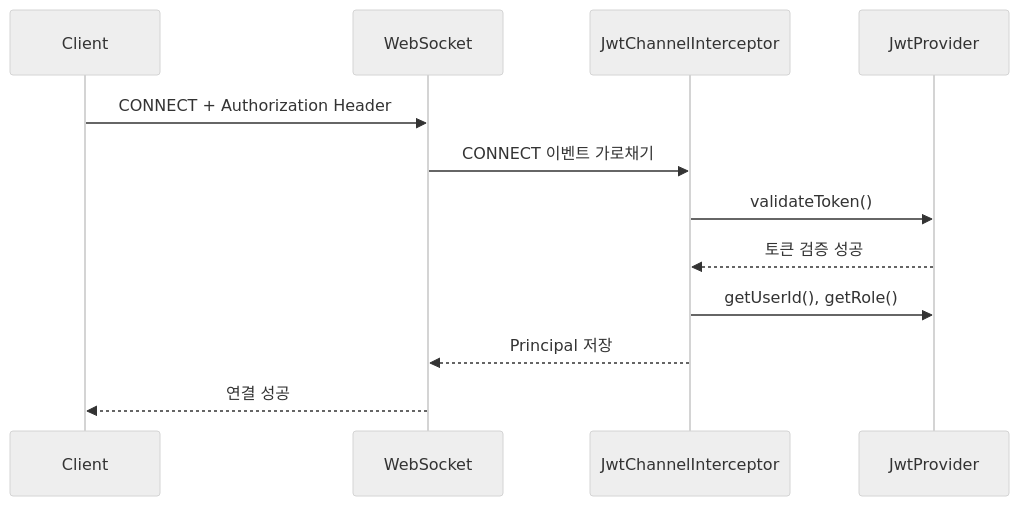
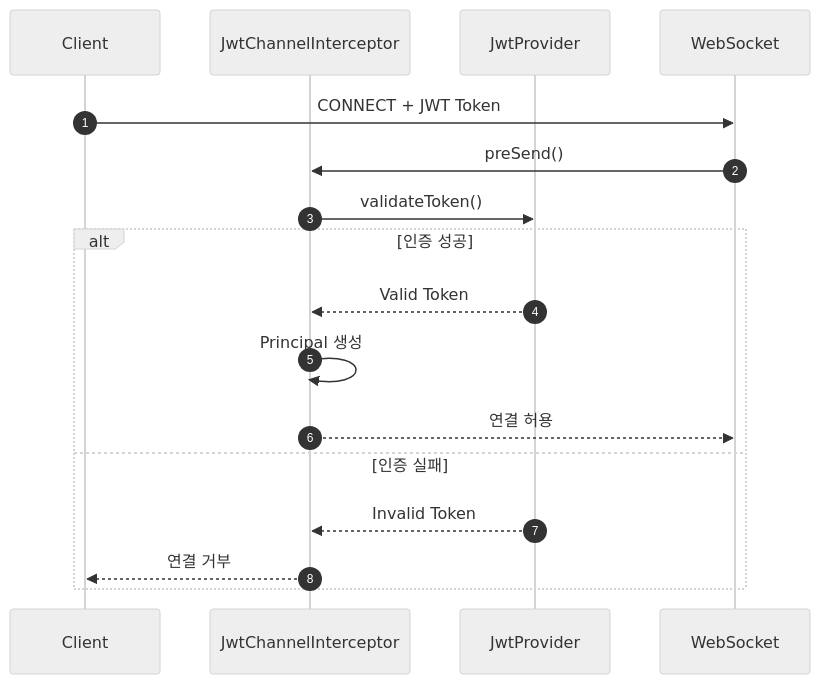
Before and after one commit to all-in-market/alarm-server: the third of 6 diagrams in README.md, drawn with Mermaid (neutral theme). The commit also changed other lines of this file, not shown here.

````diff
--- a/README.md
+++ b/README.md
@@ -123,22 +132,28 @@
 ```mermaid
 sequenceDiagram
+    autonumber
 
     participant Client
-    participant WebSocket
-    participant JwtChannelInterceptor
-    participant JwtProvider
+    participant Interceptor as JwtChannelInterceptor
+    participant JWT as JwtProvider
+    participant WS as WebSocket
 
-    Client->>WebSocket: CONNECT + Authorization Header
+    Client->>WS: CONNECT + JWT Token
 
-    WebSocket->>JwtChannelInterceptor: CONNECT 이벤트 가로채기
+    WS->>Interceptor: preSend()
 
-    JwtChannelInterceptor->>JwtProvider: validateToken()
+    Interceptor->>JWT: validateToken()
 
-    JwtProvider-->>JwtChannelInterceptor: 토큰 검증 성공
+    alt 인증 성공
+        JWT-->>Interceptor: Valid Token
 
-    JwtChannelInterceptor->>JwtProvider: getUserId(), getRole()
+        Interceptor->>Interceptor: Principal 생성
 
-    JwtChannelInterceptor-->>WebSocket: Principal 저장
+        Interceptor-->>WS: 연결 허용
 
-    WebSocket-->>Client: 연결 성공
+    else 인증 실패
+        JWT-->>Interceptor: Invalid Token
+
+        Interceptor-->>Client: 연결 거부
+    end
 ```
````
